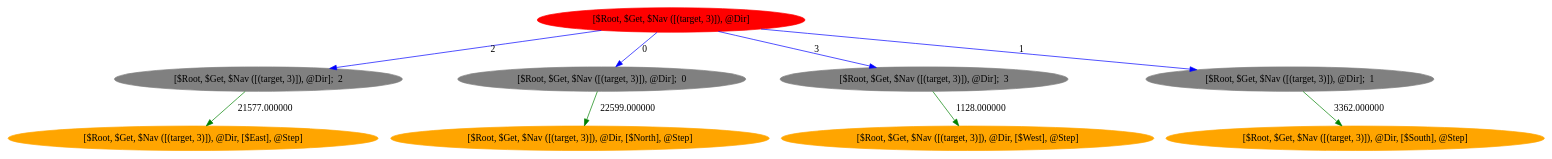
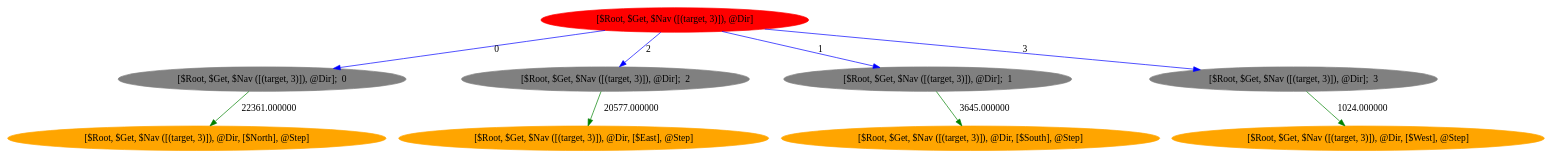
One commit to aijunbai/taxi changed the diagram in data/hierarchicalfsm-int_(3, 1, 0, 0)_transitions.dot. Above: the diagram before and after it, drawn with Graphviz. The commit also changed 38 other files, not shown here.

```diff
--- a/data/hierarchicalfsm-int_(3, 1, 0, 0)_transitions.dot
+++ b/data/hierarchicalfsm-int_(3, 1, 0, 0)_transitions.dot
@@ -1,21 +1,21 @@
 Digraph "" {
 ratio=fill
 node [style=filled];
 	1 [label="[$Root, $Get, $Nav ([(target, 3)]), @Dir]"][color="red"];
-	2 [label="[$Root, $Get, $Nav ([(target, 3)]), @Dir];  2"][color="gray"];
-	3 [label="[$Root, $Get, $Nav ([(target, 3)]), @Dir, [$East], @Step]"][color="orange"];
-	4 [label="[$Root, $Get, $Nav ([(target, 3)]), @Dir];  0"][color="gray"];
-	5 [label="[$Root, $Get, $Nav ([(target, 3)]), @Dir, [$North], @Step]"][color="orange"];
-	6 [label="[$Root, $Get, $Nav ([(target, 3)]), @Dir];  3"][color="gray"];
-	7 [label="[$Root, $Get, $Nav ([(target, 3)]), @Dir, [$West], @Step]"][color="orange"];
-	8 [label="[$Root, $Get, $Nav ([(target, 3)]), @Dir];  1"][color="gray"];
-	9 [label="[$Root, $Get, $Nav ([(target, 3)]), @Dir, [$South], @Step]"][color="orange"];
-	1 -> 8 [color="blue"][label="1"];
-	1 -> 6 [color="blue"][label="3"];
-	1 -> 4 [color="blue"][label="0"];
-	1 -> 2 [color="blue"][label="2"];
-	2 -> 3 [color="green"][label="21577.000000"];
-	4 -> 5 [color="green"][label="22599.000000"];
-	6 -> 7 [color="green"][label="1128.000000"];
-	8 -> 9 [color="green"][label="3362.000000"];
+	2 [label="[$Root, $Get, $Nav ([(target, 3)]), @Dir];  0"][color="gray"];
+	3 [label="[$Root, $Get, $Nav ([(target, 3)]), @Dir, [$North], @Step]"][color="orange"];
+	4 [label="[$Root, $Get, $Nav ([(target, 3)]), @Dir];  2"][color="gray"];
+	5 [label="[$Root, $Get, $Nav ([(target, 3)]), @Dir, [$East], @Step]"][color="orange"];
+	6 [label="[$Root, $Get, $Nav ([(target, 3)]), @Dir];  1"][color="gray"];
+	7 [label="[$Root, $Get, $Nav ([(target, 3)]), @Dir, [$South], @Step]"][color="orange"];
+	8 [label="[$Root, $Get, $Nav ([(target, 3)]), @Dir];  3"][color="gray"];
+	9 [label="[$Root, $Get, $Nav ([(target, 3)]), @Dir, [$West], @Step]"][color="orange"];
+	1 -> 8 [color="blue"][label="3"];
+	1 -> 6 [color="blue"][label="1"];
+	1 -> 4 [color="blue"][label="2"];
+	1 -> 2 [color="blue"][label="0"];
+	2 -> 3 [color="green"][label="22361.000000"];
+	4 -> 5 [color="green"][label="20577.000000"];
+	6 -> 7 [color="green"][label="3645.000000"];
+	8 -> 9 [color="green"][label="1024.000000"];
 }
```
